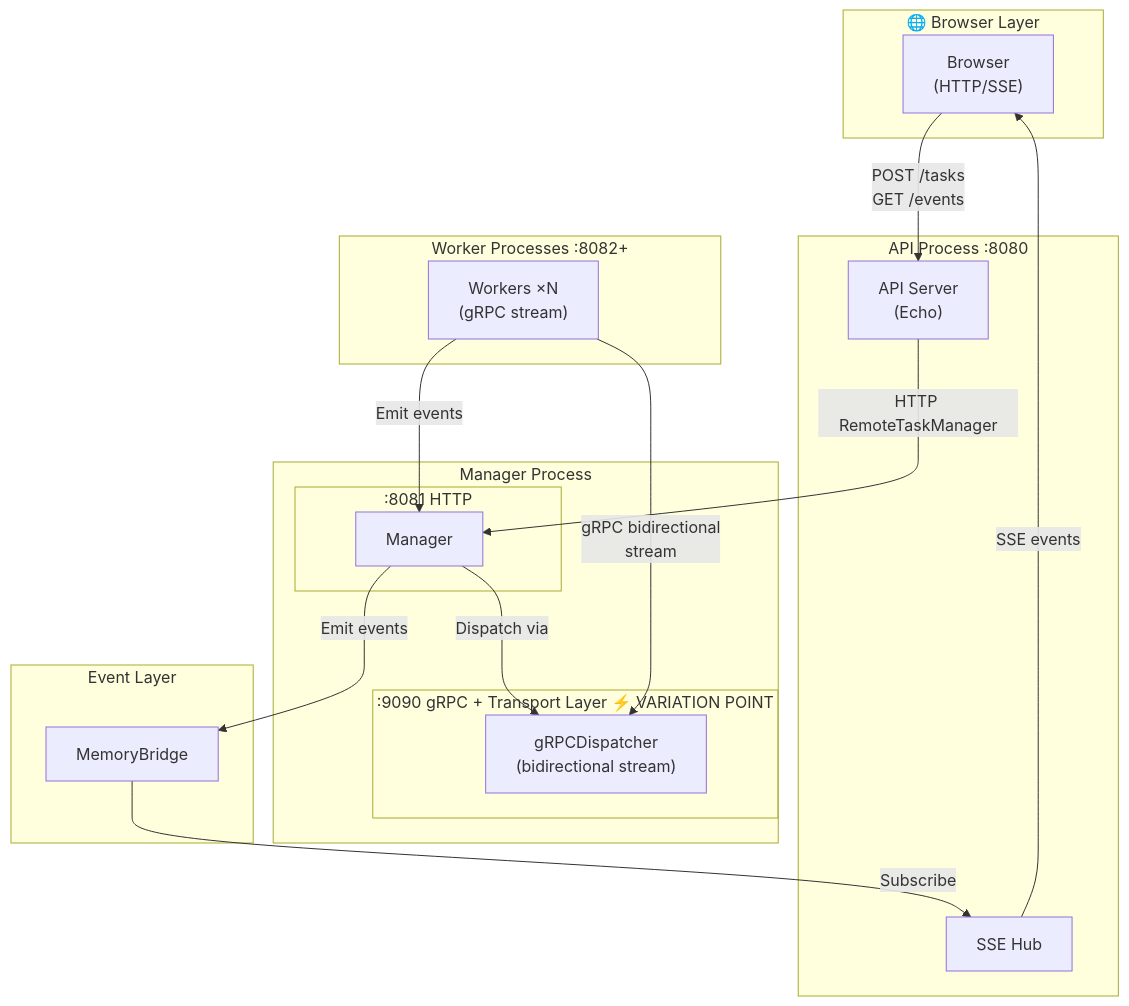
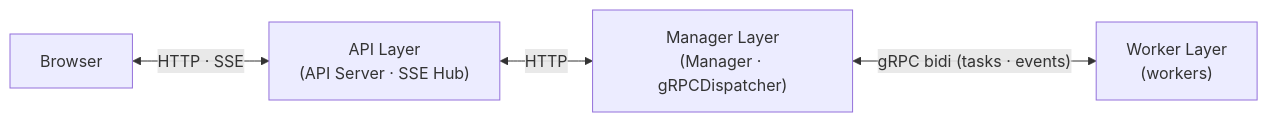
The fifth of 7 diagrams in README.md (deyarchit/work-distribution-patterns), drawn with Mermaid before and after one commit. The commit also changed other lines of this file, not shown here.

````diff
--- a/README.md
+++ b/README.md
@@ -148,37 +93,11 @@
 ```mermaid
-graph TB
-    subgraph L1["🌐 Browser Layer"]
-        Browser["Browser<br/>(HTTP/SSE)"]
-    end
+graph LR
+    Browser["Browser"]
+    API["API Layer<br/>(API Server · SSE Hub)"]
+    Manager["Manager Layer<br/>(Manager · gRPCDispatcher)"]
+    Workers["Worker Layer<br/>(workers)"]
 
-    subgraph L2["API Process :8080"]
-        API["API Server<br/>(Echo)"]
-        SSEHub["SSE Hub"]
-    end
-
-    subgraph L3["Manager Process"]
-        subgraph L3a[":8081 HTTP"]
-            Manager["Manager"]
-        end
-        subgraph L3b[":9090 gRPC + Transport Layer ⚡ VARIATION POINT"]
-            GD["gRPCDispatcher<br/>(bidirectional stream)"]
-        end
-    end
-
-    subgraph L4["Worker Processes :8082+"]
-        Workers["Workers ×N<br/>(gRPC stream)"]
-    end
-
-    subgraph L5["Event Layer"]
-        EventBridge["MemoryBridge"]
-    end
-
-    Browser -->|POST /tasks<br/>GET /events| API
-    API -->|HTTP RemoteTaskManager| Manager
-    Manager -->|Dispatch via| GD
-    Workers -->|gRPC bidirectional<br/>stream| GD
-    Workers -->|Emit events| Manager
-    Manager -->|Emit events| EventBridge
-    EventBridge -->|Subscribe| SSEHub
-    SSEHub -->|SSE events| Browser
+    Browser <-->|"HTTP · SSE"| API
+    API <-->|"HTTP"| Manager
+    Manager <-->|"gRPC bidi (tasks · events)"| Workers
 ```
````
